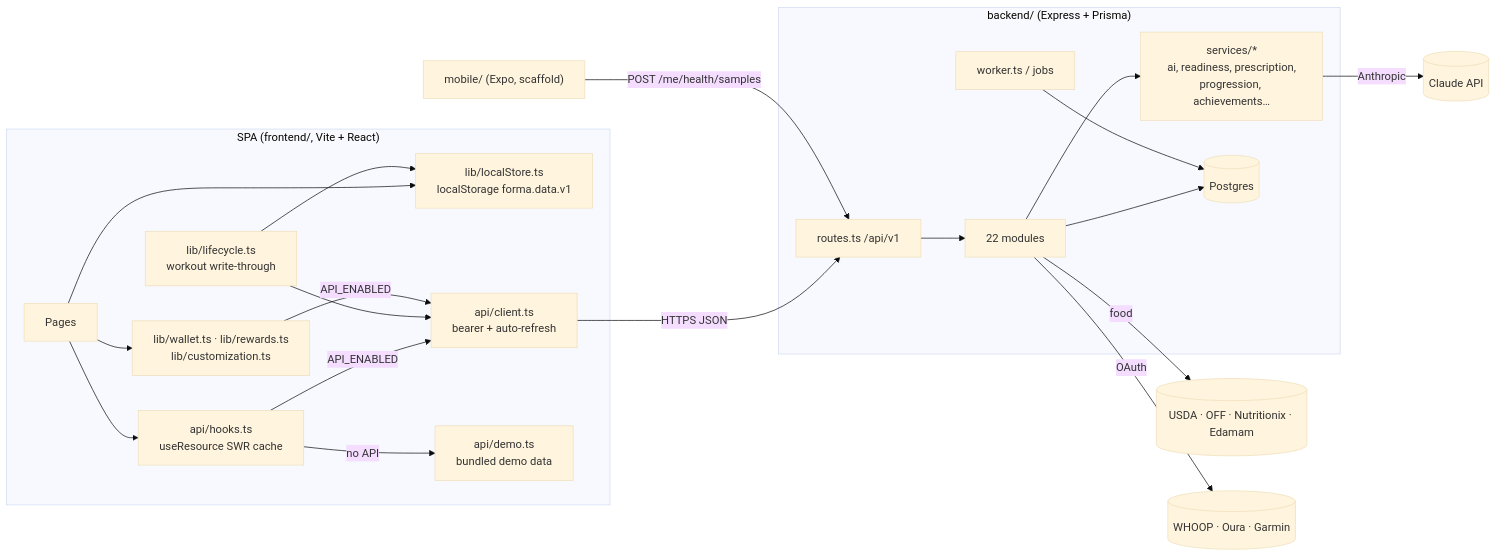
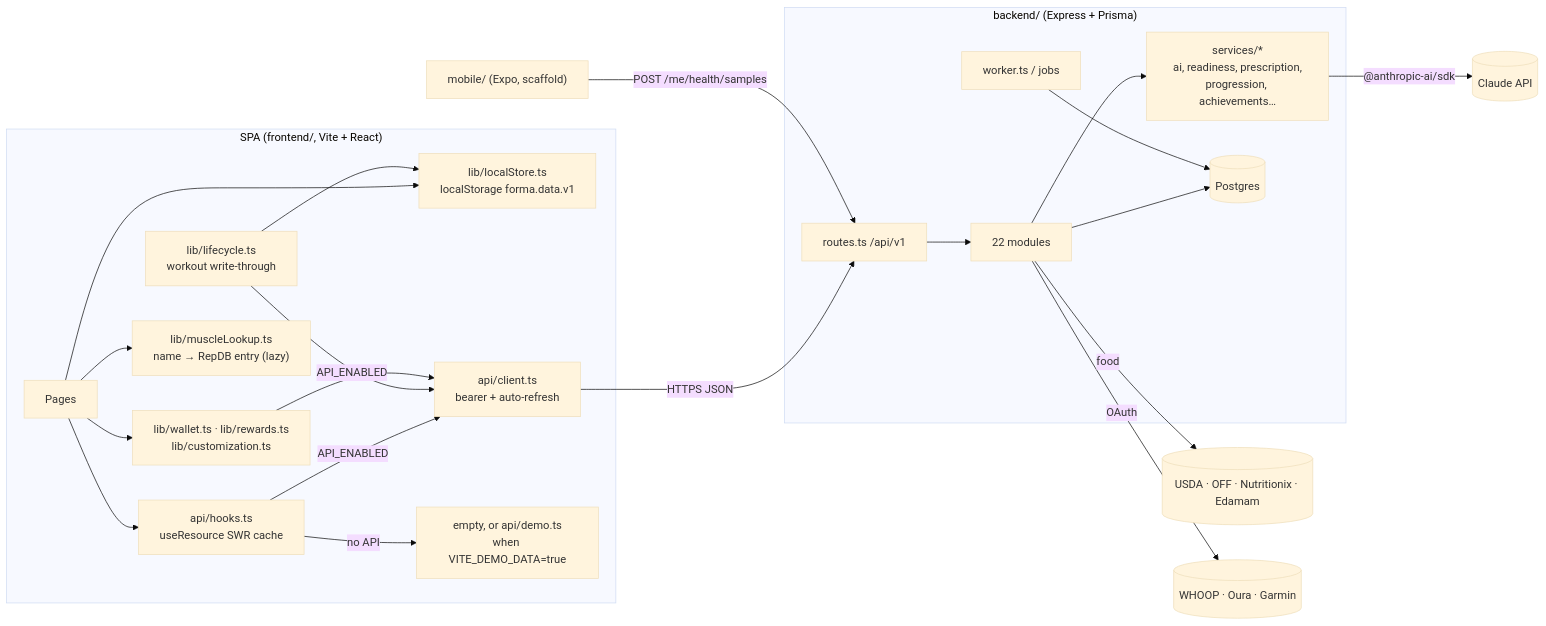
Before and after one commit to mastaanRandhawa/forma: the diagram in docs/ARCHITECTURE_MAP.md, drawn with Mermaid (base theme). The commit also changed other lines of this file and 5 other files, not shown here.

````diff
--- a/docs/ARCHITECTURE_MAP.md
+++ b/docs/ARCHITECTURE_MAP.md
@@ -7,24 +7,25 @@
 ```mermaid
 flowchart LR
   subgraph Browser["SPA (frontend/, Vite + React)"]
     Pages --> Hooks["api/hooks.ts<br/>useResource SWR cache"]
     Pages --> Local["lib/localStore.ts<br/>localStorage forma.data.v1"]
     Pages --> Econ["lib/wallet.ts · lib/rewards.ts<br/>lib/customization.ts"]
     Hooks -->|API_ENABLED| Client["api/client.ts<br/>bearer + auto-refresh"]
-    Hooks -->|no API| Demo["api/demo.ts<br/>bundled demo data"]
+    Hooks -->|no API| Demo["empty, or api/demo.ts<br/>when VITE_DEMO_DATA=true"]
+    Pages --> Lookup["lib/muscleLookup.ts<br/>name → RepDB entry (lazy)"]
     Lifecycle["lib/lifecycle.ts<br/>workout write-through"] --> Client
     Lifecycle --> Local
     Econ -->|API_ENABLED| Client
   end
   subgraph API["backend/ (Express + Prisma)"]
     Routes["routes.ts /api/v1"] --> Modules["22 modules"]
     Modules --> Services["services/*<br/>ai, readiness, prescription,<br/>progression, achievements…"]
     Modules --> Prisma[(Postgres)]
     Worker["worker.ts / jobs"] --> Prisma
   end
   Client -->|HTTPS JSON| Routes
-  Services -->|Anthropic| AI[(Claude API)]
+  Services -->|"@anthropic-ai/sdk"| AI[(Claude API)]
   Modules -->|food| Food[(USDA · OFF · Nutritionix · Edamam)]
   Modules -->|OAuth| Wear[(WHOOP · Oura · Garmin)]
   Mobile["mobile/ (Expo, scaffold)"] -->|POST /me/health/samples| Routes
 ```
````
